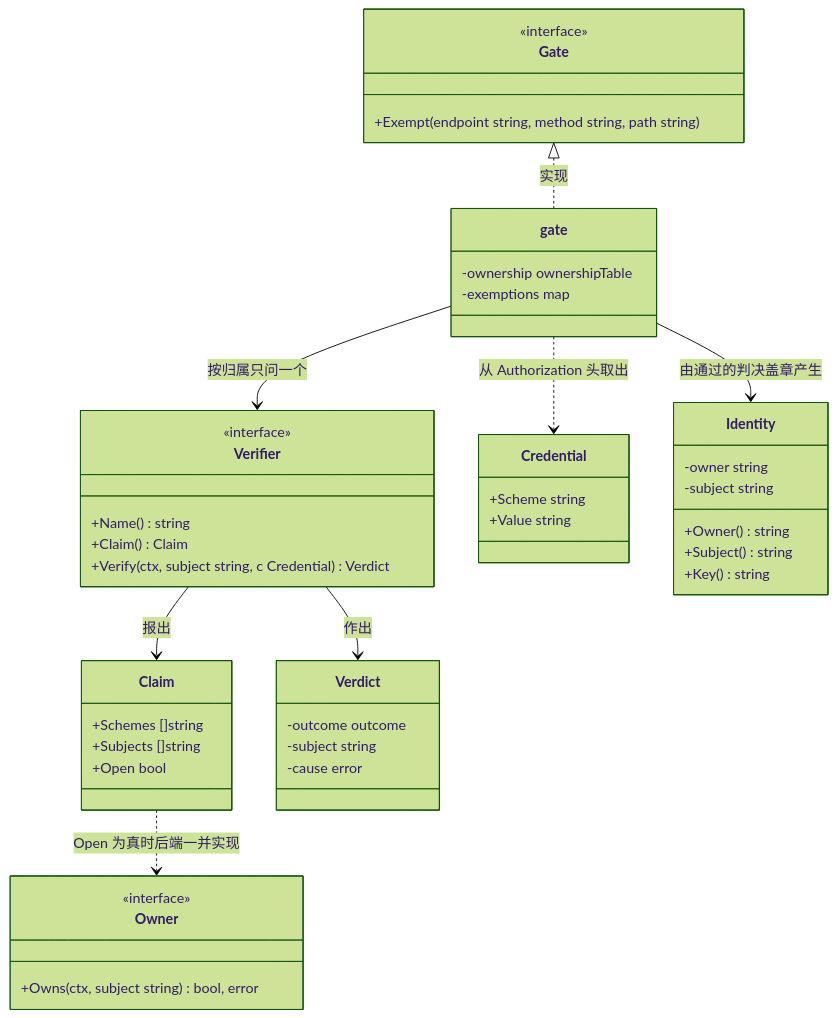
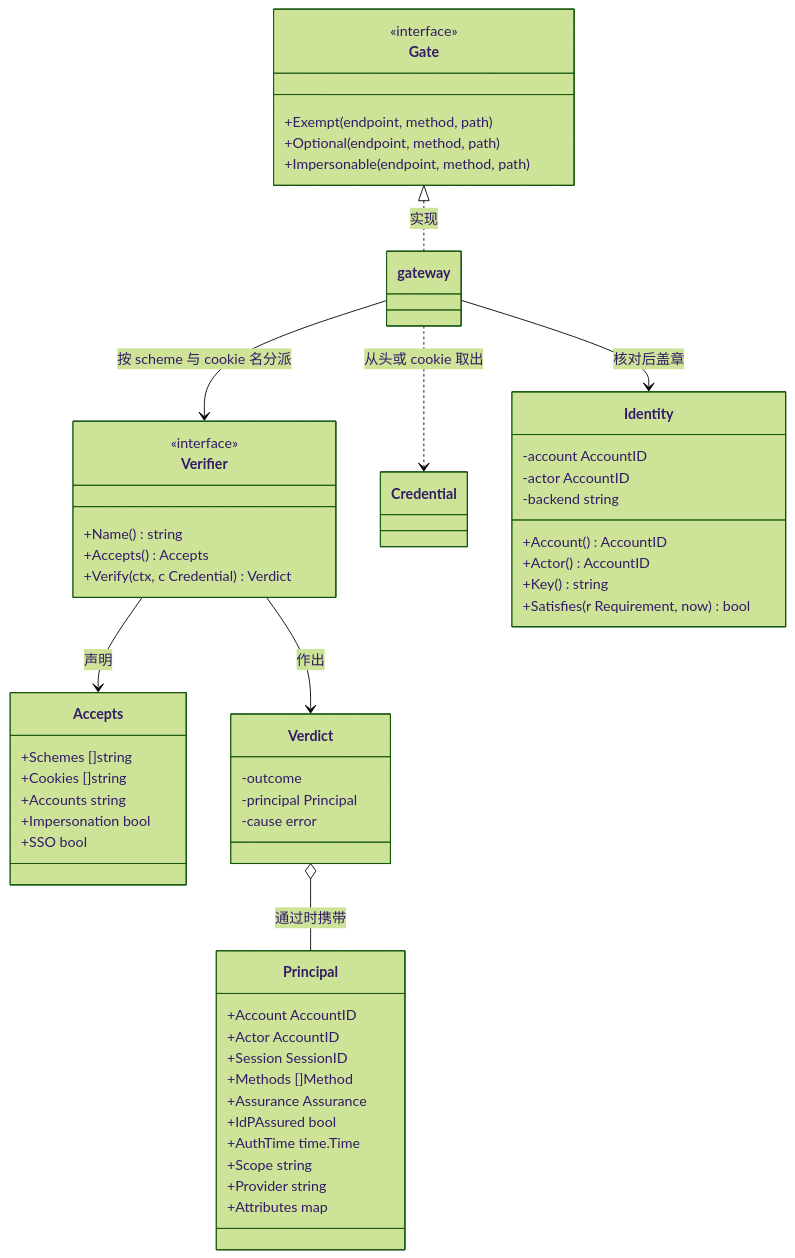
One commit to wangzw/speed changed the first of 3 diagrams in docs/design/modules/design-authn.md. Above: the diagram before and after it, drawn with Mermaid (forest theme). The commit also changed other lines of this file and 89 other files, not shown here.

````diff
--- a/docs/design/modules/design-authn.md
+++ b/docs/design/modules/design-authn.md
@@ -232,49 +328,57 @@
 ```mermaid
 classDiagram
     class Gate {
         <<interface>>
-        +Exempt(endpoint string, method string, path string)
+        +Exempt(endpoint, method, path)
+        +Optional(endpoint, method, path)
+        +Impersonable(endpoint, method, path)
     }
     class Verifier {
         <<interface>>
         +Name() string
-        +Claim() Claim
-        +Verify(ctx, subject string, c Credential) Verdict
+        +Accepts() Accepts
+        +Verify(ctx, c Credential) Verdict
     }
-    class Owner {
-        <<interface>>
-        +Owns(ctx, subject string) bool, error
+    class Accepts {
+        +Schemes []string
+        +Cookies []string
+        +Accounts string
+        +Impersonation bool
+        +SSO bool
     }
-    class Claim {
-        +Schemes []string
-        +Subjects []string
-        +Open bool
-    }
-    class Credential {
-        +Scheme string
-        +Value string
-    }
+    class Credential
     class Verdict {
-        -outcome outcome
-        -subject string
+        -outcome
+        -principal Principal
         -cause error
     }
+    class Principal {
+        +Account AccountID
+        +Actor AccountID
+        +Session SessionID
+        +Methods []Method
+        +Assurance Assurance
+        +IdPAssured bool
+        +AuthTime time.Time
+        +Scope string
+        +Provider string
+        +Attributes map
+    }
     class Identity {
-        -owner string
-        -subject string
-        +Owner() string
-        +Subject() string
+        -account AccountID
+        -actor AccountID
+        -backend string
+        +Account() AccountID
+        +Actor() AccountID
         +Key() string
+        +Satisfies(r Requirement, now) bool
     }
-    class gate {
-        -ownership ownershipTable
-        -exemptions map
-    }
-    Gate <|.. gate : 实现
-    Verifier --> Claim : 报出
+    class gateway
+    Gate <|.. gateway : 实现
+    Verifier --> Accepts : 声明
     Verifier --> Verdict : 作出
-    Claim ..> Owner : Open 为真时后端一并实现
-    gate --> Verifier : 按归属只问一个
-    gate ..> Credential : 从 Authorization 头取出
-    gate --> Identity : 由通过的判决盖章产生
+    Verdict o-- Principal : 通过时携带
+    gateway --> Verifier : 按 scheme 与 cookie 名分派
+    gateway ..> Credential : 从头或 cookie 取出
+    gateway --> Identity : 核对后盖章
 ```
````
